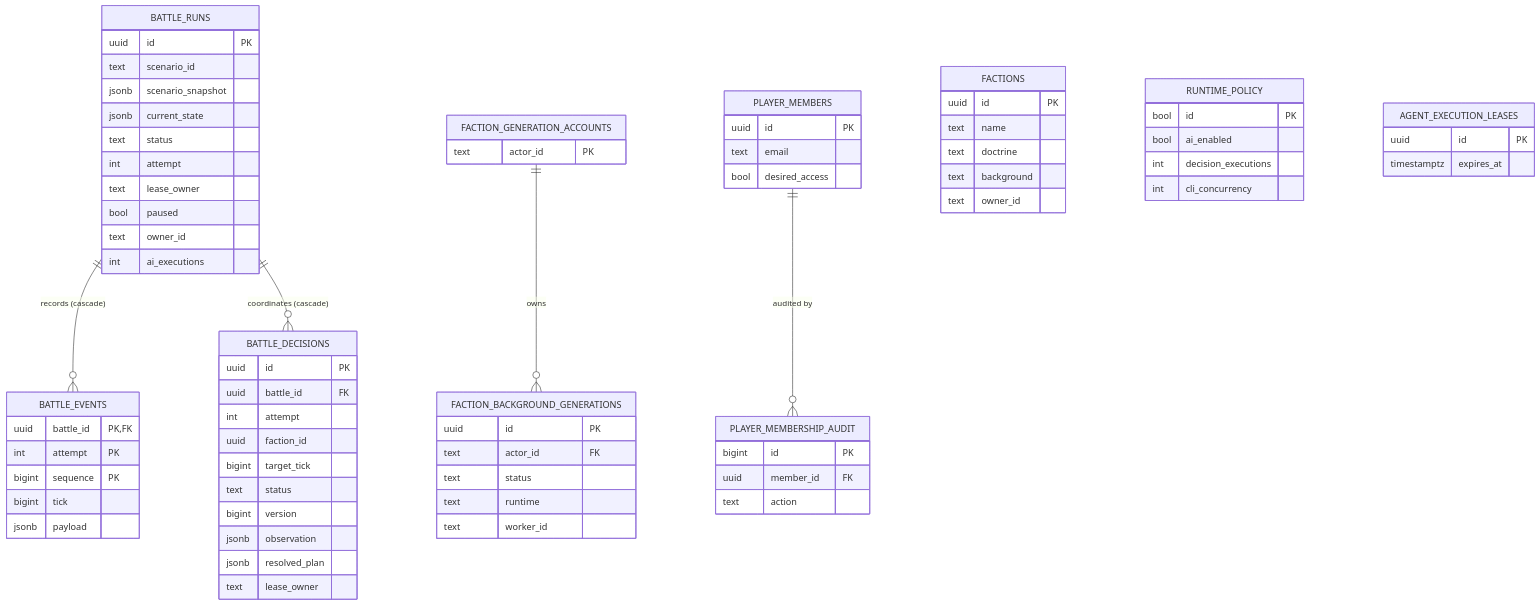
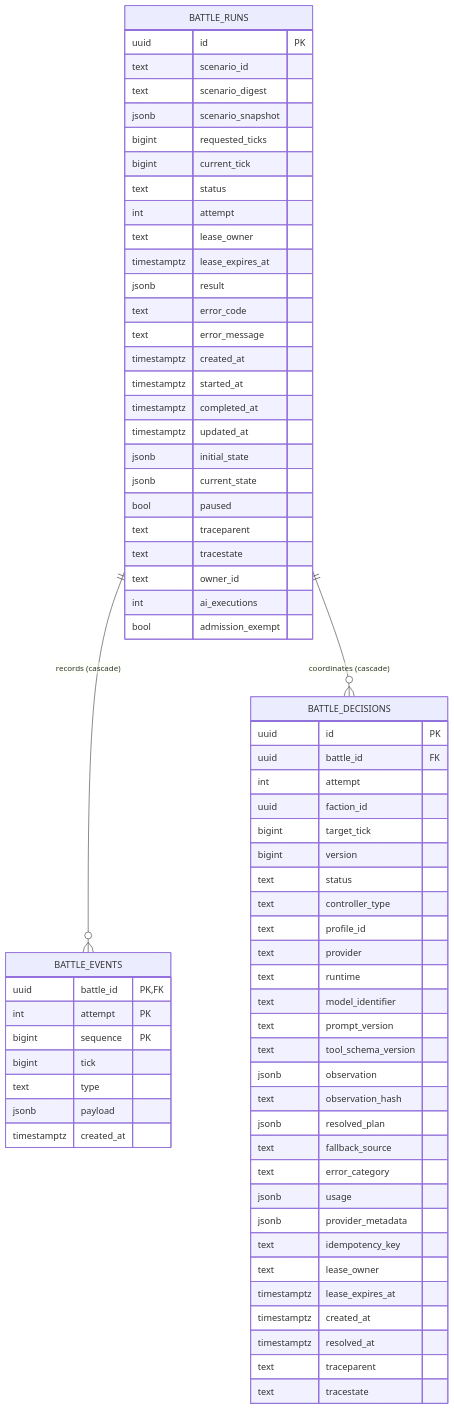
The first of 3 diagrams in docs/architecture/database.md (twhAuto/autonomous_battlefield), drawn with Mermaid before and after one commit. The commit also changed other lines of this file, not shown here.

Commit message:
AB-144: show every database column in per-area ER diagrams
Generate the diagrams from a freshly migrated schema (information_schema
after 00017): all 12 tables and 123 columns with PK/FK markers, split
into battles, factions/generation/AI policy and Player membership so
each renders readably. The previous diagram showed partial columns and
omitted model_access_policy and player_membership_sync.

````diff
--- a/docs/architecture/database.md
+++ b/docs/architecture/database.md
@@ -67,76 +74,71 @@
 ```mermaid
 erDiagram
     BATTLE_RUNS ||--o{ BATTLE_EVENTS : "records (cascade)"
     BATTLE_RUNS ||--o{ BATTLE_DECISIONS : "coordinates (cascade)"
-    FACTION_GENERATION_ACCOUNTS ||--o{ FACTION_BACKGROUND_GENERATIONS : "owns"
-    PLAYER_MEMBERS ||--o{ PLAYER_MEMBERSHIP_AUDIT : "audited by"
-
-    FACTIONS {
-        uuid id PK
-        text name
-        text doctrine
-        text background
-        text owner_id
-    }
     BATTLE_RUNS {
         uuid id PK
         text scenario_id
+        text scenario_digest
         jsonb scenario_snapshot
-        jsonb current_state
+        bigint requested_ticks
+        bigint current_tick
         text status
         int attempt
         text lease_owner
+        timestamptz lease_expires_at
+        jsonb result
+        text error_code
+        text error_message
+        timestamptz created_at
+        timestamptz started_at
+        timestamptz completed_at
+        timestamptz updated_at
+        jsonb initial_state
+        jsonb current_state
         bool paused
+        text traceparent
+        text tracestate
         text owner_id
         int ai_executions
+        bool admission_exempt
     }
     BATTLE_EVENTS {
         uuid battle_id PK,FK
         int attempt PK
         bigint sequence PK
         bigint tick
+        text type
         jsonb payload
+        timestamptz created_at
     }
     BATTLE_DECISIONS {
         uuid id PK
         uuid battle_id FK
         int attempt
         uuid faction_id
         bigint target_tick
+        bigint version
         text status
-        bigint version
+        text controller_type
+        text profile_id
+        text provider
+        text runtime
+        text model_identifier
+        text prompt_version
+        text tool_schema_version
         jsonb observation
+        text observation_hash
         jsonb resolved_plan
+        text fallback_source
+        text error_category
+        jsonb usage
+        jsonb provider_metadata
+        text idempotency_key
         text lease_owner
-    }
-    FACTION_GENERATION_ACCOUNTS {
-        text actor_id PK
-    }
-    FACTION_BACKGROUND_GENERATIONS {
-        uuid id PK
-        text actor_id FK
-        text status
-        text runtime
-        text worker_id
-    }
-    PLAYER_MEMBERS {
-        uuid id PK
-        text email
-        bool desired_access
-    }
-    PLAYER_MEMBERSHIP_AUDIT {
-        bigint id PK
-        uuid member_id FK
-        text action
-    }
-    RUNTIME_POLICY {
-        bool id PK
-        bool ai_enabled
-        int decision_executions
-        int cli_concurrency
-    }
-    AGENT_EXECUTION_LEASES {
-        uuid id PK
-        timestamptz expires_at
+        timestamptz lease_expires_at
+        timestamptz created_at
+        timestamptz resolved_at
+        text traceparent
+        text tracestate
     }
 ```
````
